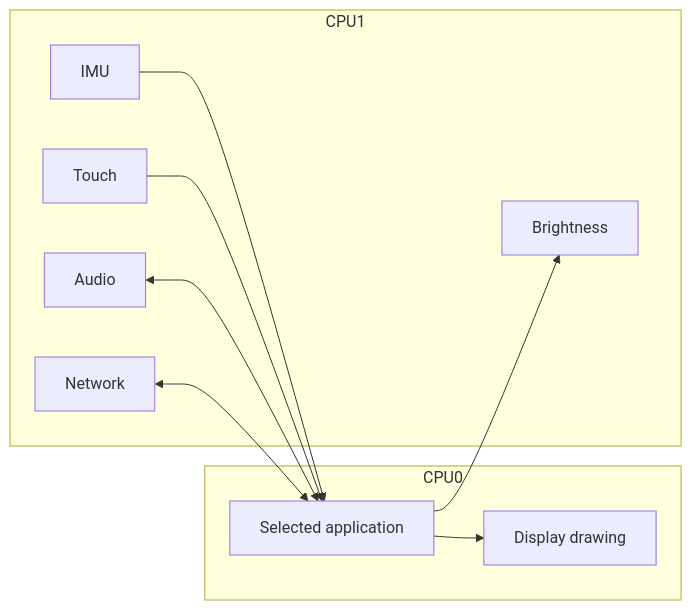
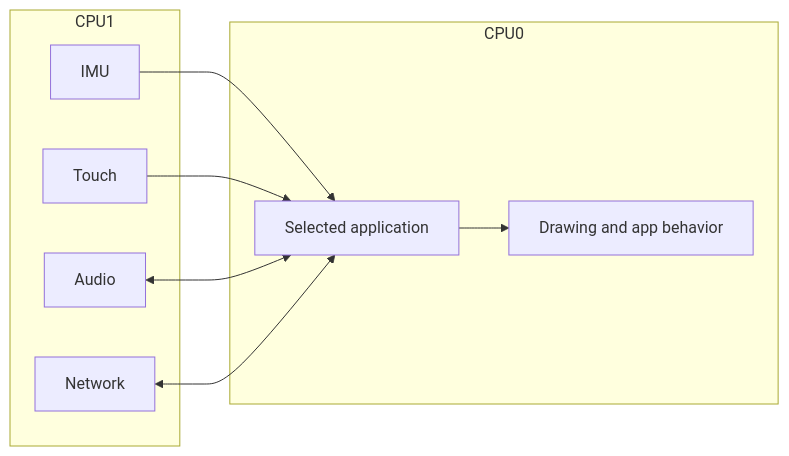
Before and after one commit to wackazong/hackandhike-2026: the fourth of 13 diagrams in README.md, drawn with Mermaid. The commit also changed other lines of this file, not shown here.

````diff
--- a/README.md
+++ b/README.md
@@ -356,22 +340,20 @@
 ```mermaid
 flowchart LR
     subgraph CPU0["CPU0"]
         App["Selected application"]
-        Render["Display drawing"]
-        App --> Render
+        Draw["Drawing and app behavior"]
+        App --> Draw
     end
 
     subgraph CPU1["CPU1"]
         IMU["IMU"]
         Touch["Touch"]
         Audio["Audio"]
         Network["Network"]
-        Brightness["Brightness"]
     end
 
     IMU --> App
     Touch --> App
     Audio <--> App
     Network <--> App
-    App --> Brightness
 ```
````
